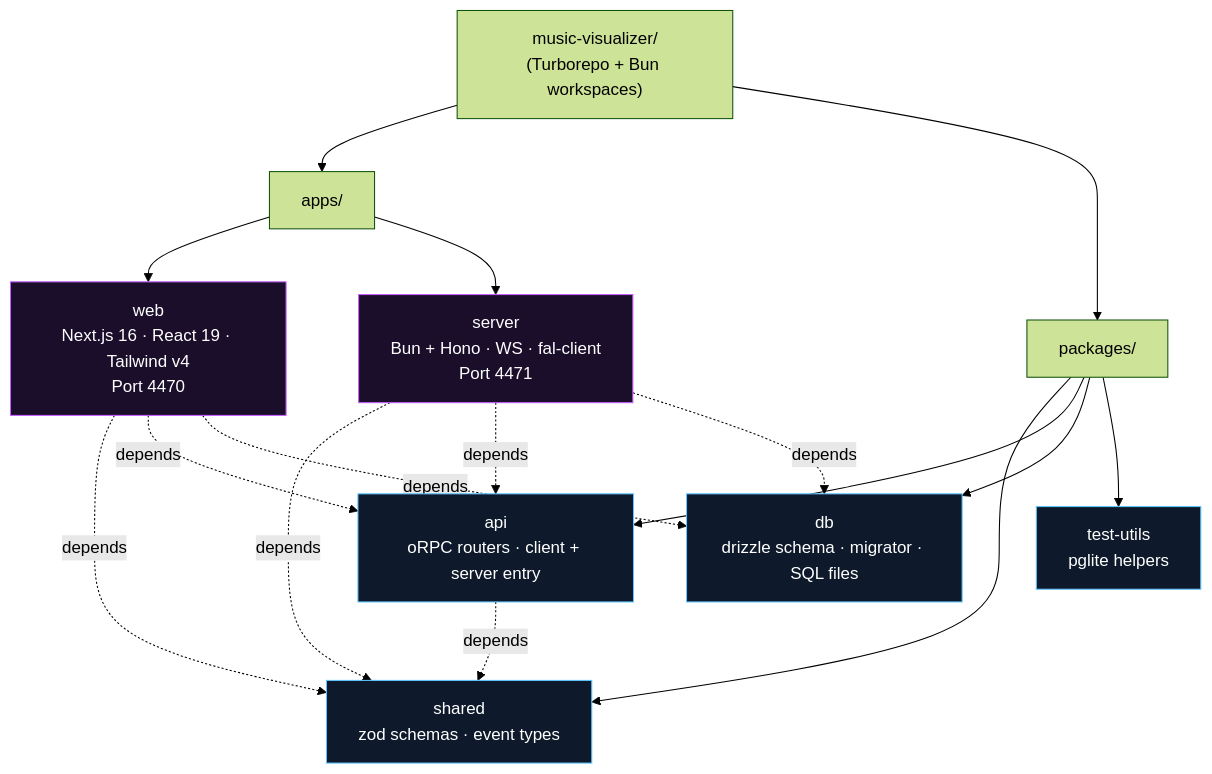
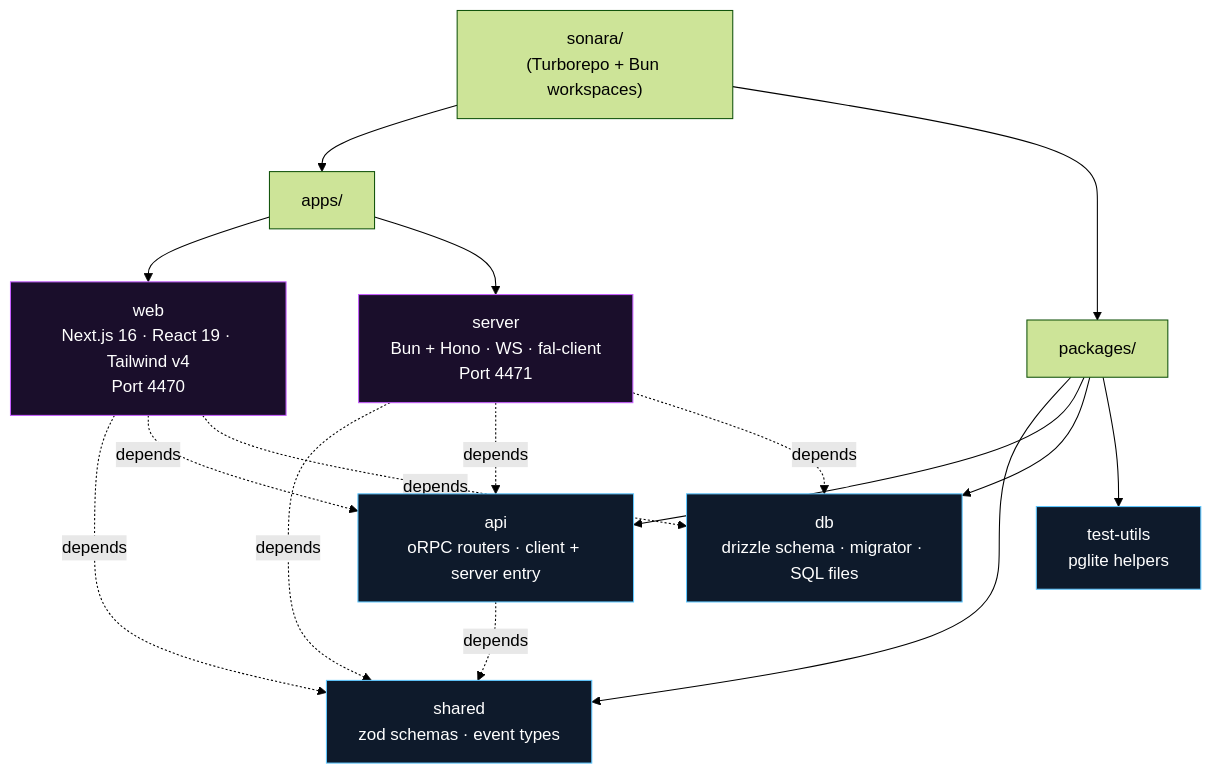
The second of 13 diagrams in INFRASTRUCTURE.md (grmkris/sonara), drawn with Mermaid (forest theme) before and after one commit. The commit also changed other lines of this file and 161 other files, not shown here.

First line of the commit message:
chore: rename project music-visualizer / dream → sonara

````diff
--- a/INFRASTRUCTURE.md
+++ b/INFRASTRUCTURE.md
@@ -68,27 +68,27 @@
 ```mermaid
 graph TD
-    Root["music-visualizer/<br/>(Turborepo + Bun workspaces)"]
+    Root["sonara/<br/>(Turborepo + Bun workspaces)"]
     Root --> Apps["apps/"]
     Root --> Packages["packages/"]
 
     Apps --> Web["web<br/>Next.js 16 · React 19 · Tailwind v4<br/>Port 4470"]
     Apps --> ServerApp["server<br/>Bun + Hono · WS · fal-client<br/>Port 4471"]
 
     Packages --> SharedPkg["shared<br/>zod schemas · event types"]
     Packages --> ApiPkg["api<br/>oRPC routers · client + server entry"]
     Packages --> DbPkg["db<br/>drizzle schema · migrator · SQL files"]
     Packages --> TestUtils["test-utils<br/>pglite helpers"]
 
     Web -. depends .-> SharedPkg
     Web -. depends .-> ApiPkg
     Web -. depends .-> DbPkg
     ServerApp -. depends .-> SharedPkg
     ServerApp -. depends .-> ApiPkg
     ServerApp -. depends .-> DbPkg
     ApiPkg -. depends .-> SharedPkg
 
     classDef pkg fill:#0e1a2b,stroke:#5fc7ff,color:#fff
     classDef app fill:#1a0e2b,stroke:#c75fff,color:#fff
     class Web,ServerApp app
     class SharedPkg,ApiPkg,DbPkg,TestUtils pkg
 ```
````
